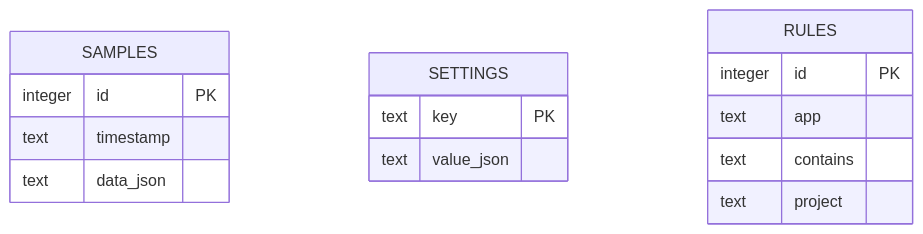
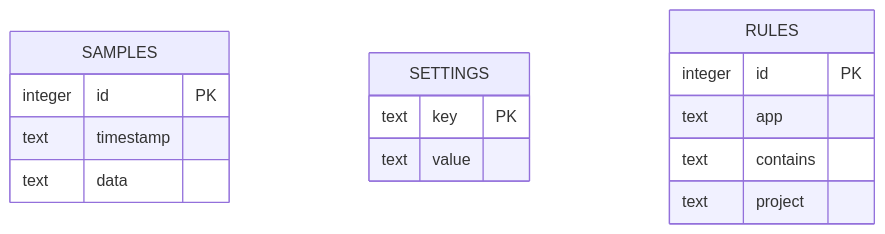
The fourth of 6 diagrams in ARCHITECTURE.md (yuta-sato-dev/worklog), drawn with Mermaid before and after one commit.

Commit message:
Match architecture diagram columns to the SQLite schema
Claude-Session: https://claude.ai/code/session_01Kar4yHsqRFhUuG5rP5FBrY

````diff
--- a/ARCHITECTURE.md
+++ b/ARCHITECTURE.md
@@ -118,18 +118,18 @@
 ```mermaid
 erDiagram
     SAMPLES {
         integer id PK
         text timestamp
-        text data_json
+        text data
     }
     SETTINGS {
         text key PK
-        text value_json
+        text value
     }
     RULES {
         integer id PK
         text app
         text contains
         text project
     }
 ```
````
